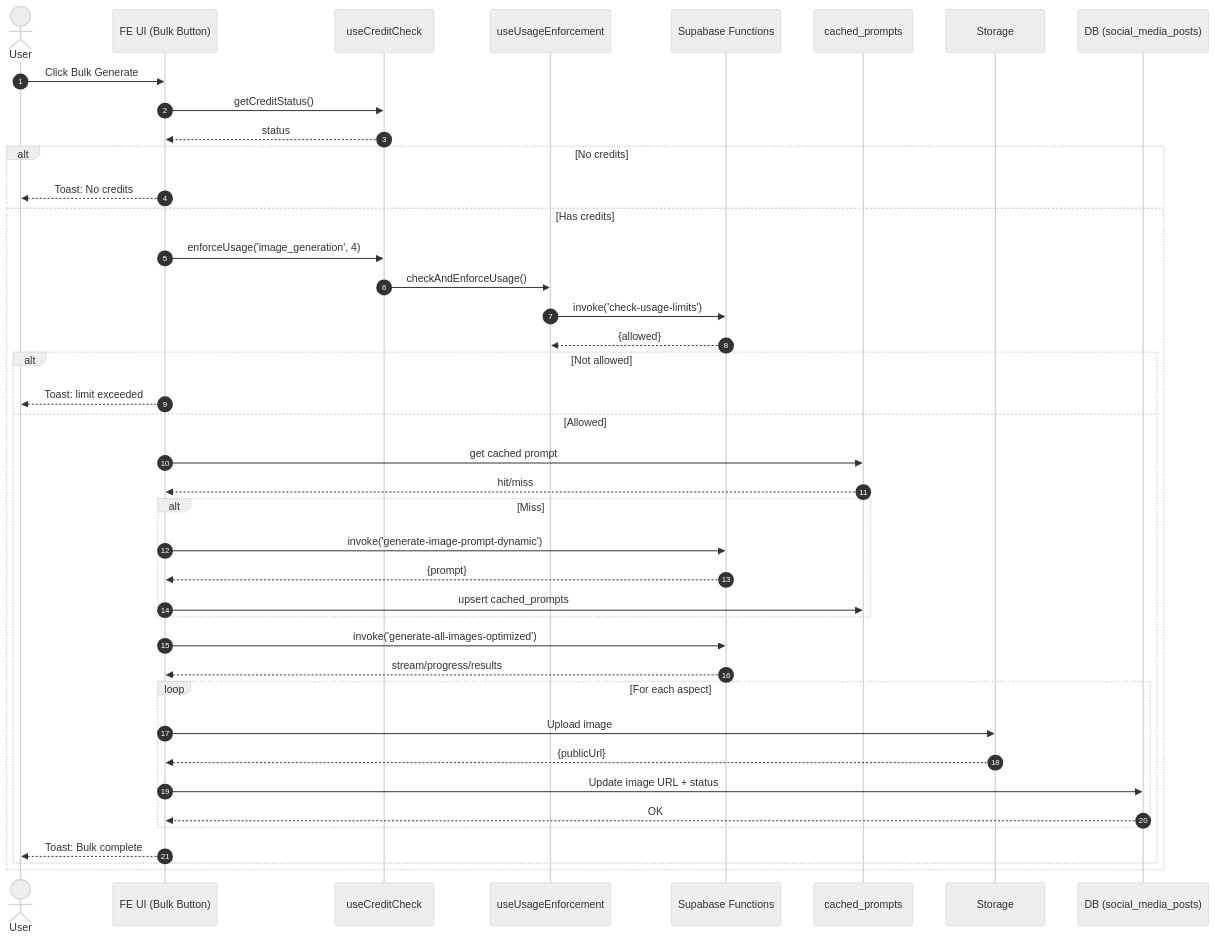
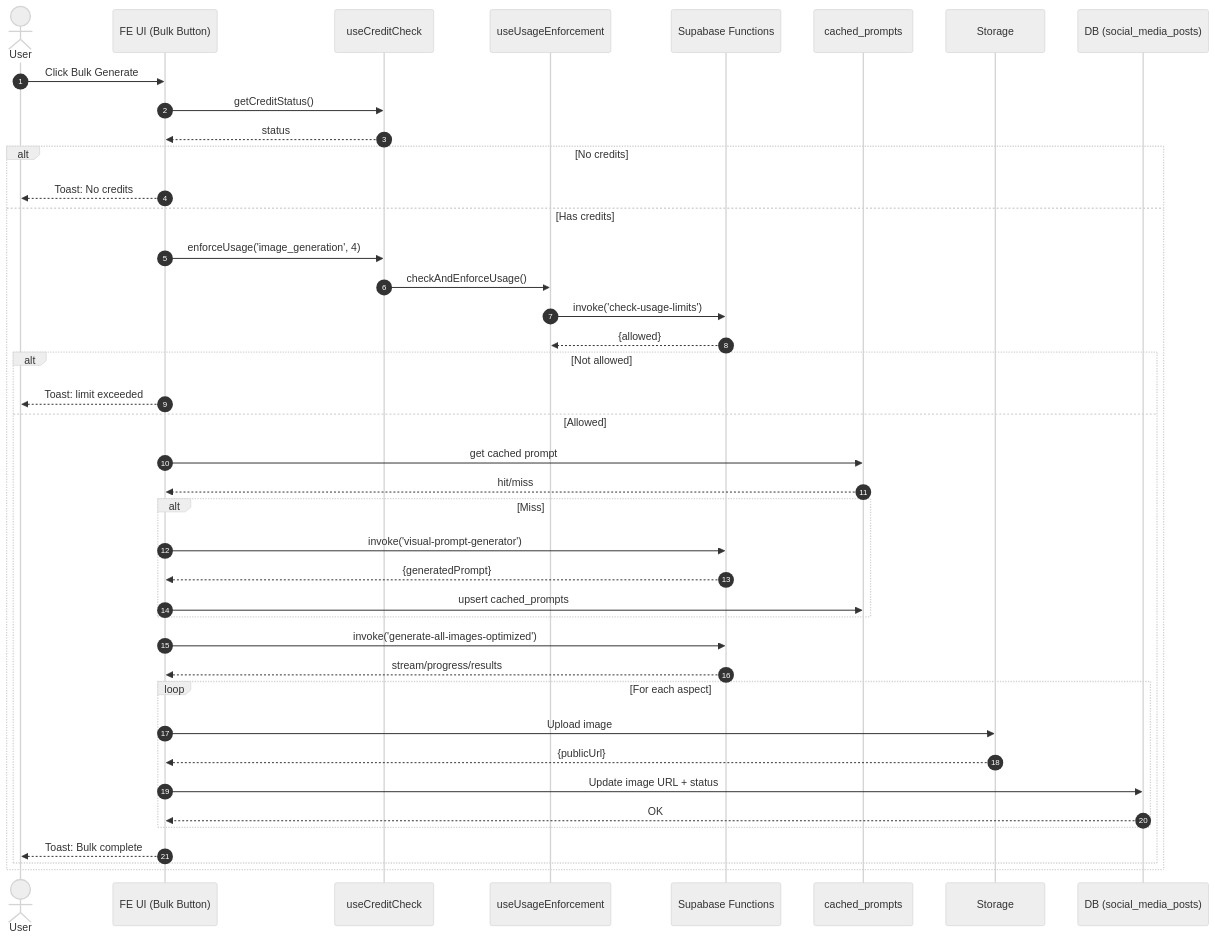
One commit to jordanleahy/jordansportfolio changed the second of 2 diagrams in docs/text-to-photos-audit-and-hardening.md. Above: the diagram before and after it, drawn with Mermaid (neutral theme). The commit also changed other lines of this file, not shown here.

````diff
--- a/docs/text-to-photos-audit-and-hardening.md
+++ b/docs/text-to-photos-audit-and-hardening.md
@@ -218,44 +222,44 @@
 ```mermaid
 sequenceDiagram
   autonumber
   actor User
   participant UI as FE UI (Bulk Button)
   participant CC as useCreditCheck
   participant UE as useUsageEnforcement
   participant SB as Supabase Functions
   participant DB as cached_prompts
   participant ST as Storage
   participant POSTS as DB (social_media_posts)
 
   User->>UI: Click Bulk Generate
   UI->>CC: getCreditStatus()
   CC-->>UI: status
   alt No credits
     UI-->>User: Toast: No credits
   else Has credits
     UI->>CC: enforceUsage('image_generation', 4)
     CC->>UE: checkAndEnforceUsage()
     UE->>SB: invoke('check-usage-limits')
     SB-->>UE: {allowed}
     alt Not allowed
       UI-->>User: Toast: limit exceeded
     else Allowed
       UI->>DB: get cached prompt
       DB-->>UI: hit/miss
       alt Miss
-        UI->>SB: invoke('generate-image-prompt-dynamic')
-        SB-->>UI: {prompt}
+        UI->>SB: invoke('visual-prompt-generator')
+        SB-->>UI: {generatedPrompt}
         UI->>DB: upsert cached_prompts
       end
       UI->>SB: invoke('generate-all-images-optimized')
       SB-->>UI: stream/progress/results
       loop For each aspect
         UI->>ST: Upload image
         ST-->>UI: {publicUrl}
         UI->>POSTS: Update image URL + status
         POSTS-->>UI: OK
       end
       UI-->>User: Toast: Bulk complete
     end
   end
 ```
````
